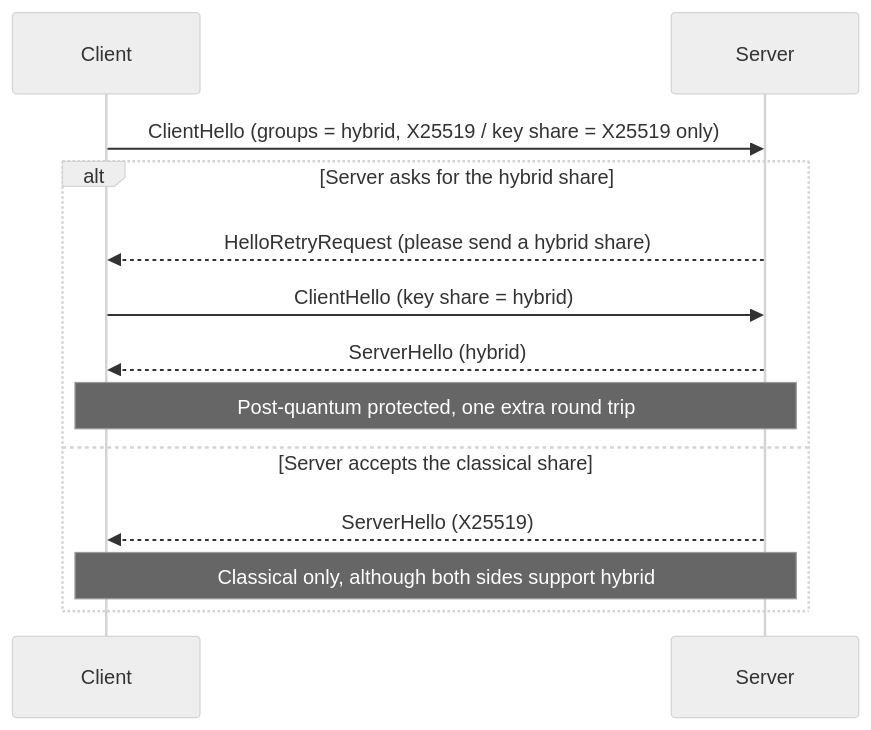
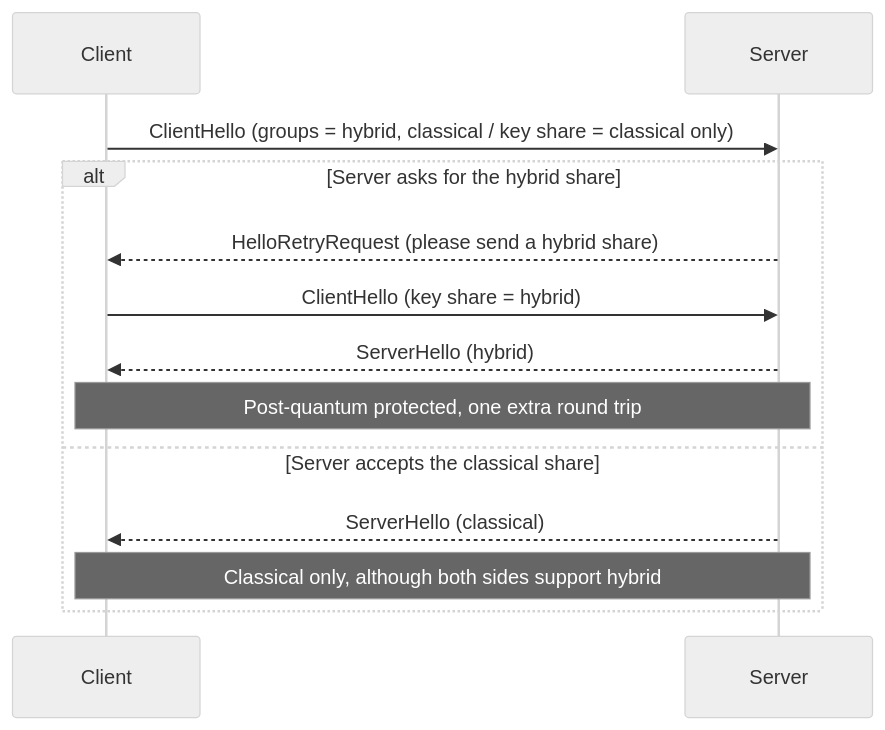
One commit to Adam010341/pq-tls-classical-fallback changed the first of 2 diagrams in README.md. Above: the diagram before and after it, drawn with Mermaid (neutral theme). The commit also changed other lines of this file and 2 other files, not shown here.

````diff
--- a/README.md
+++ b/README.md
@@ -16,15 +18,15 @@
 ```mermaid
 sequenceDiagram
     participant C as Client
     participant S as Server
-    C->>S: ClientHello (groups = hybrid, X25519 / key share = X25519 only)
+    C->>S: ClientHello (groups = hybrid, classical / key share = classical only)
     alt Server asks for the hybrid share
         S-->>C: HelloRetryRequest (please send a hybrid share)
         C->>S: ClientHello (key share = hybrid)
         S-->>C: ServerHello (hybrid)
         Note over C,S: Post-quantum protected, one extra round trip
     else Server accepts the classical share
-        S-->>C: ServerHello (X25519)
+        S-->>C: ServerHello (classical)
         Note over C,S: Classical only, although both sides support hybrid
     end
 ```
````
